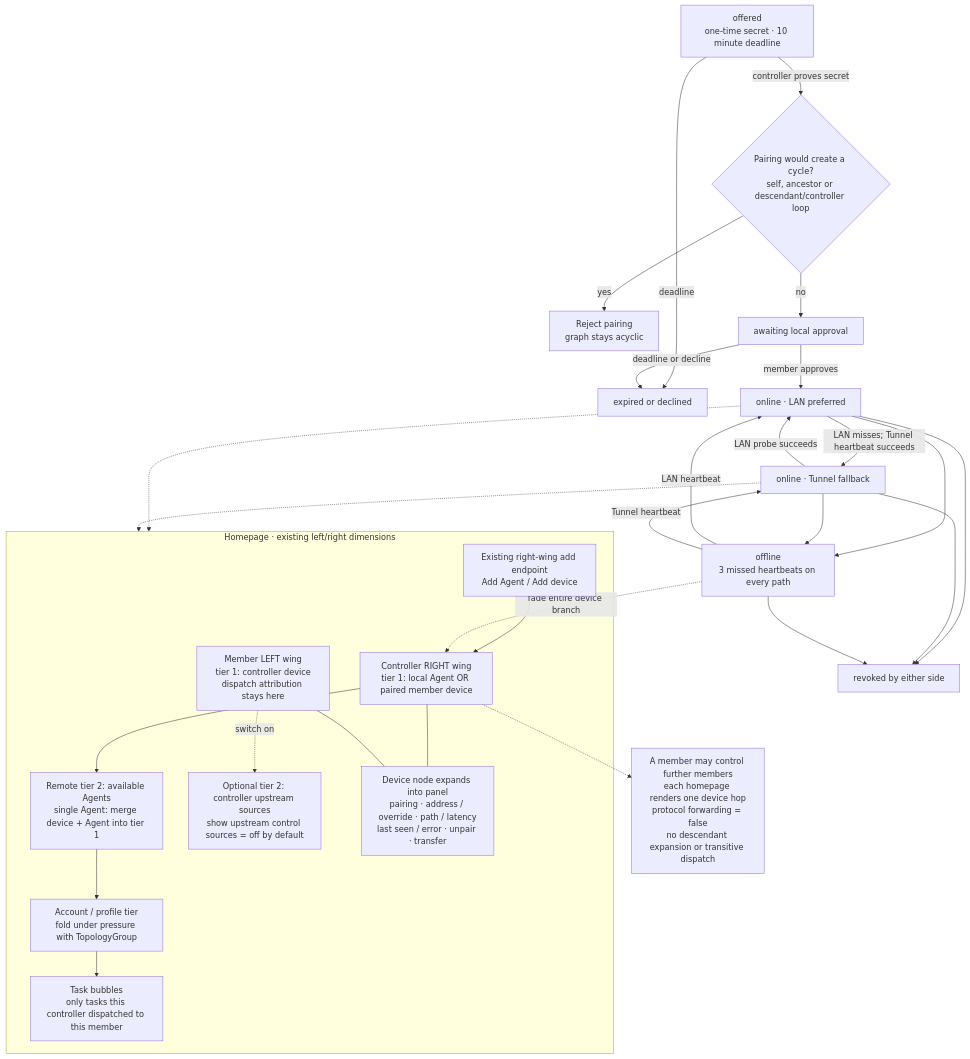
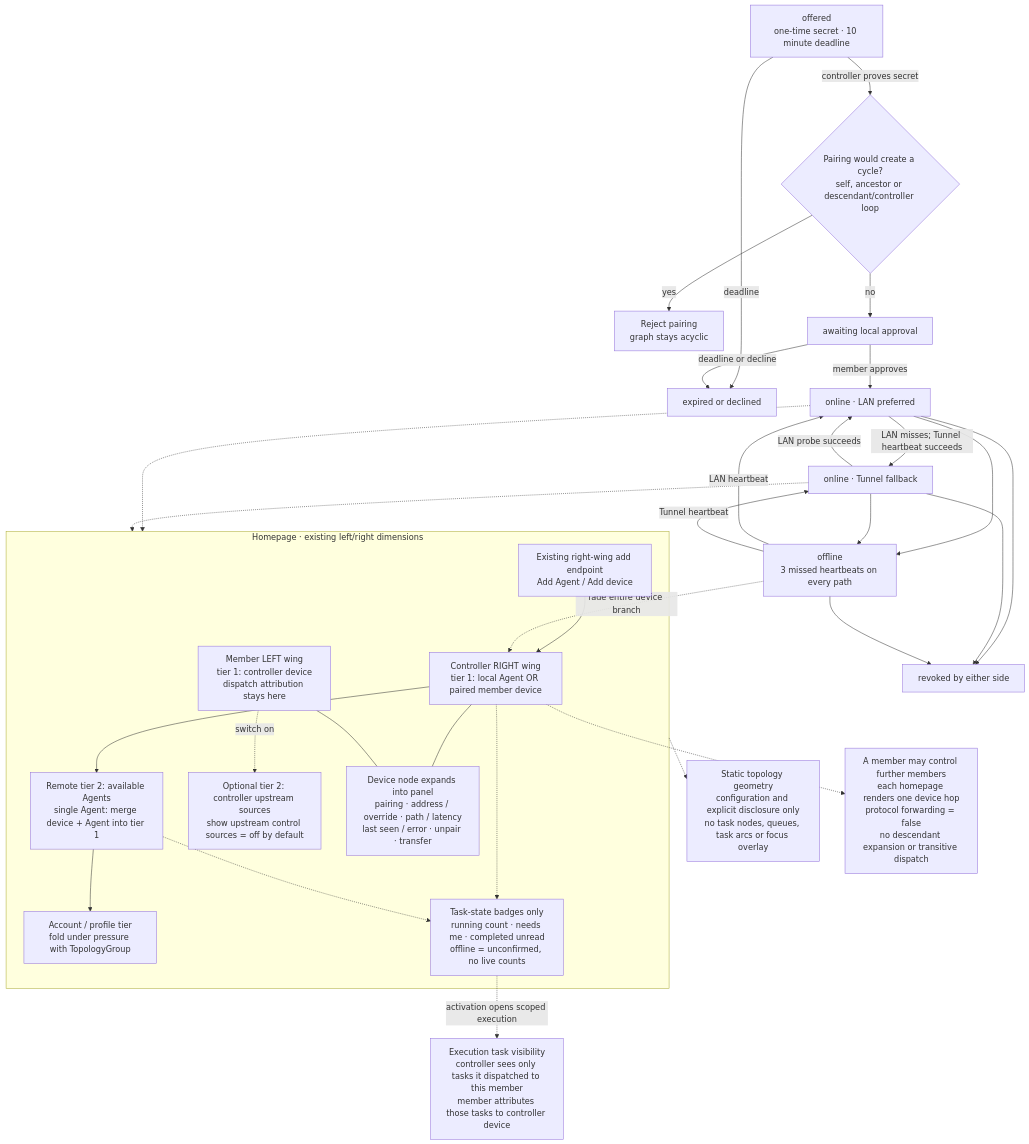
Before and after one commit to whzxc/agent-remote-control: the diagram in arch/mechanisms/device-link.mmd, drawn with Mermaid. The commit also changed 13 other files, not shown here.

Commit message:
docs(design): make device topology static

```diff
--- a/arch/mechanisms/device-link.mmd
+++ b/arch/mechanisms/device-link.mmd
@@ -1,51 +1,57 @@
 %% Device link (layer 2): pairing guard and one-hop homepage projections.
 %% Index and code mapping: docs/dev/arch-assets.md
 flowchart TB
   offer["offered<br/>one-time secret · 10 minute deadline"]
   guard{"Pairing would create a cycle?<br/>self, ancestor or descendant/controller loop"}
   reject["Reject pairing<br/>graph stays acyclic"]
   pending["awaiting local approval"]
   expired["expired or declined"]
   lan["online · LAN preferred"]
   tunnel["online · Tunnel fallback"]
   offline["offline<br/>3 missed heartbeats on every path"]
   revoked["revoked by either side"]
   offer -->|"controller proves secret"| guard
   guard -->|"yes"| reject
   guard -->|"no"| pending
   offer -->|"deadline"| expired
   pending -->|"deadline or decline"| expired
   pending -->|"member approves"| lan
   lan -->|"LAN misses; Tunnel heartbeat succeeds"| tunnel
   tunnel -->|"LAN probe succeeds"| lan
   lan --> offline
   tunnel --> offline
   offline -->|"LAN heartbeat"| lan
   offline -->|"Tunnel heartbeat"| tunnel
   lan --> revoked
   tunnel --> revoked
   offline --> revoked
   subgraph VIEW["Homepage · existing left/right dimensions"]
     right["Controller RIGHT wing<br/>tier 1: local Agent OR paired member device"]
     agent["Remote tier 2: available Agents<br/>single Agent: merge device + Agent into tier 1"]
     account["Account / profile tier<br/>fold under pressure with TopologyGroup"]
-    task["Task bubbles<br/>only tasks this controller dispatched to this member"]
+    badges["Task-state badges only<br/>running count · needs me · completed unread<br/>offline = unconfirmed, no live counts"]
     left["Member LEFT wing<br/>tier 1: controller device<br/>dispatch attribution stays here"]
     upstream["Optional tier 2: controller upstream sources<br/>show upstream control sources = off by default"]
     management["Device node expands into panel<br/>pairing · address / override · path / latency<br/>last seen / error · unpair · transfer"]
     add["Existing right-wing add endpoint<br/>Add Agent / Add device"]
-    right --> agent --> account --> task
+    right --> agent --> account
+    right -.-> badges
+    agent -.-> badges
     left -.->|"switch on"| upstream
     right --- management
     left --- management
     add --> right
   end
+  geometry["Static topology geometry<br/>configuration and explicit disclosure only<br/>no task nodes, queues, task arcs or focus overlay"]
+  visibility["Execution task visibility<br/>controller sees only tasks it dispatched to this member<br/>member attributes those tasks to controller device"]
+  VIEW -.-> geometry
+  badges -.->|"activation opens scoped execution"| visibility
   lan -.-> VIEW
   tunnel -.-> VIEW
   offline -.->|"fade entire device branch"| right
   nesting["A member may control further members<br/>each homepage renders one device hop<br/>protocol forwarding = false<br/>no descendant expansion or transitive dispatch"]
   right -.-> nesting
   class offer,pending waiting
   class lan,tunnel done
   class offline,expired,revoked,reject stopped
-  class right,agent,account,task,left,upstream,management,add,nesting experimental
+  class right,agent,account,badges,geometry,visibility,left,upstream,management,add,nesting experimental
```
